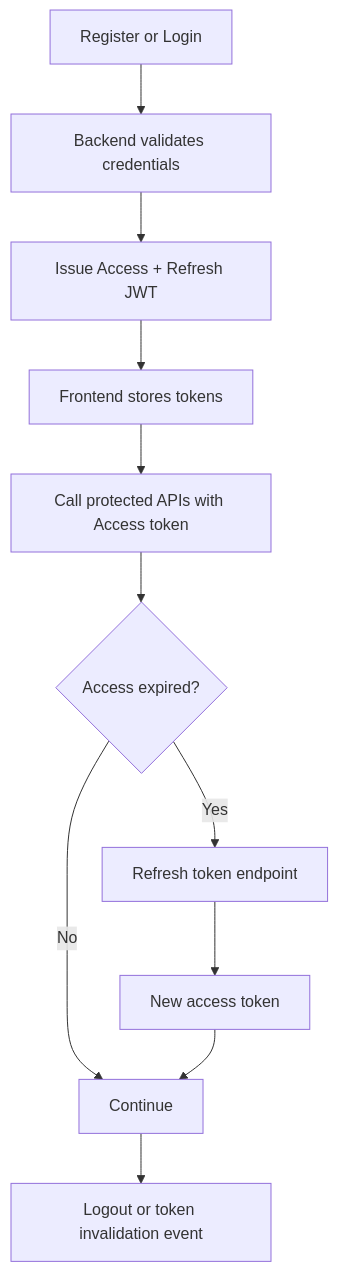
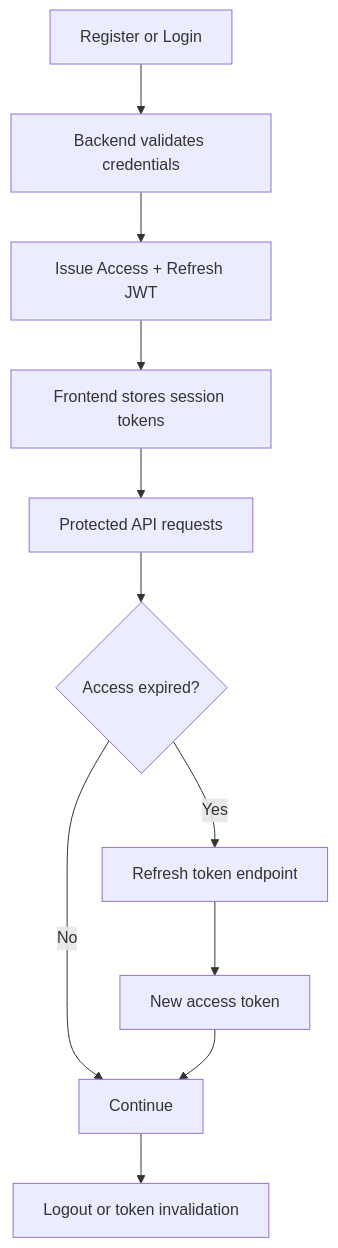
The second of 5 diagrams in docs/architecture.md (Menna0Allah/MultiTask-docs), drawn with Mermaid before and after one commit. The commit also changed other lines of this file and 10 other files, not shown here.

````diff
--- a/docs/architecture.md
+++ b/docs/architecture.md
@@ -20,13 +38,13 @@
 ```mermaid
 flowchart TD
   A[Register or Login] --> B[Backend validates credentials]
   B --> C[Issue Access + Refresh JWT]
-  C --> D[Frontend stores tokens]
-  D --> E[Call protected APIs with Access token]
+  C --> D[Frontend stores session tokens]
+  D --> E[Protected API requests]
   E --> F{Access expired?}
   F -- No --> G[Continue]
   F -- Yes --> H[Refresh token endpoint]
   H --> I[New access token]
   I --> G
-  G --> J[Logout or token invalidation event]
+  G --> J[Logout or token invalidation]
 ```
````
